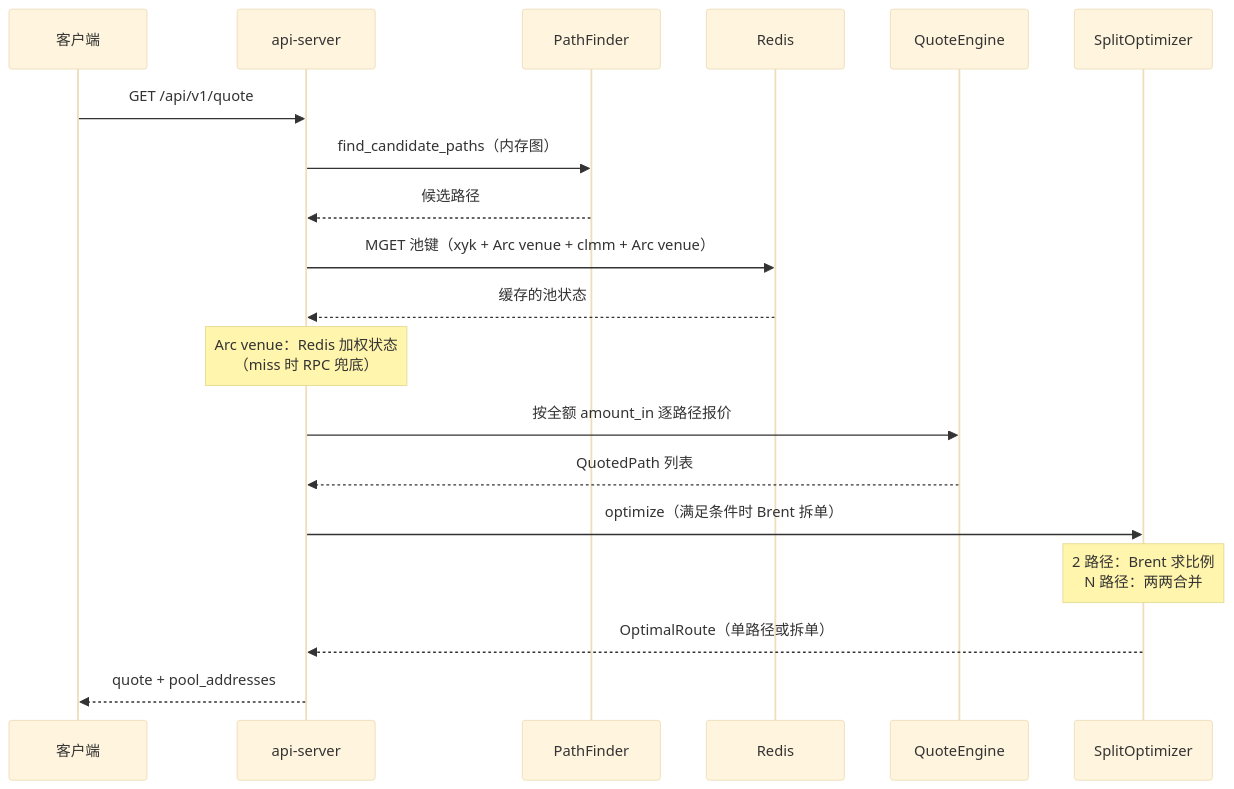
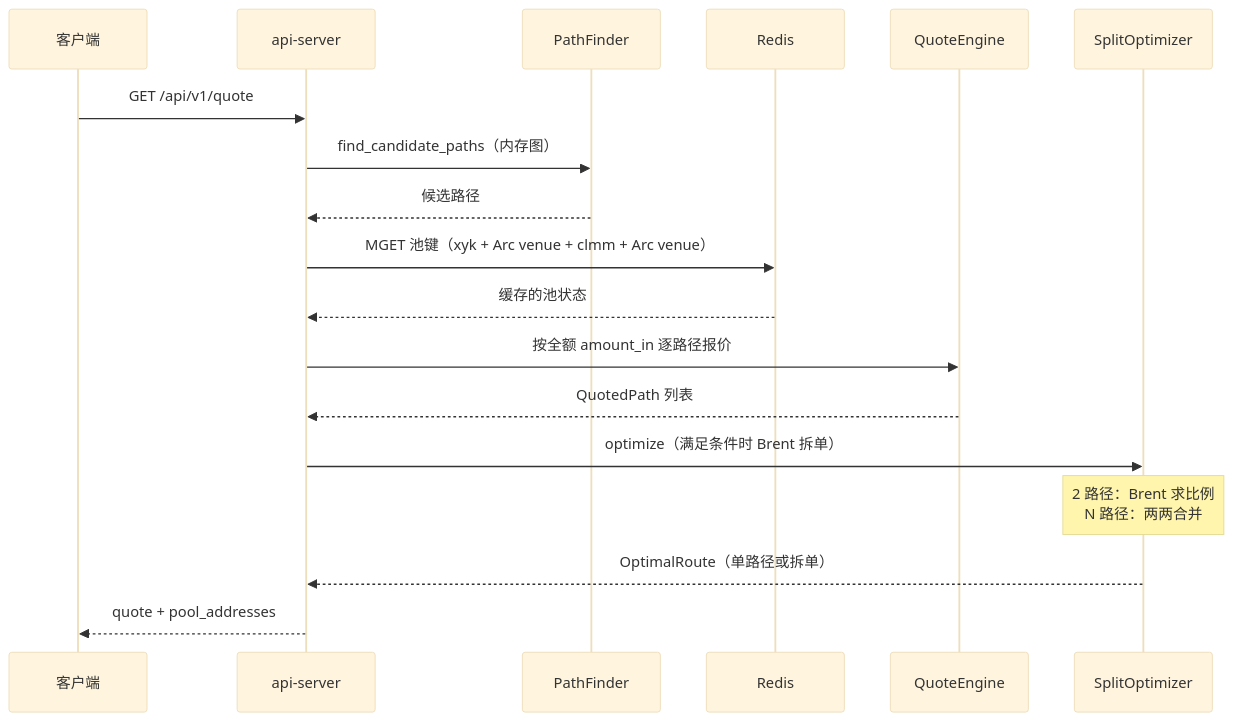
One commit to mangekyou-labs/chakra changed the third of 3 diagrams in README.zh-CN.md. Above: the diagram before and after it, drawn with Mermaid (base theme). The commit also changed other lines of this file and 1 other file, not shown here.

````diff
--- a/README.zh-CN.md
+++ b/README.zh-CN.md
@@ -125,22 +124,21 @@
 ```mermaid
 sequenceDiagram
   participant C as 客户端
   participant API as api-server
   participant PF as PathFinder
   participant R as Redis
   participant QE as QuoteEngine
   participant SO as SplitOptimizer
 
   C->>API: GET /api/v1/quote
   API->>PF: find_candidate_paths（内存图）
   PF-->>API: 候选路径
   API->>R: MGET 池键（xyk + Arc venue + clmm + Arc venue）
   R-->>API: 缓存的池状态
-  Note over API: Arc venue：Redis 加权状态<br/>（miss 时 RPC 兜底）
   API->>QE: 按全额 amount_in 逐路径报价
   QE-->>API: QuotedPath 列表
   API->>SO: optimize（满足条件时 Brent 拆单）
   Note over SO: 2 路径：Brent 求比例<br/>N 路径：两两合并
   SO-->>API: OptimalRoute（单路径或拆单）
   API-->>C: quote + pool_addresses
 ```
````
